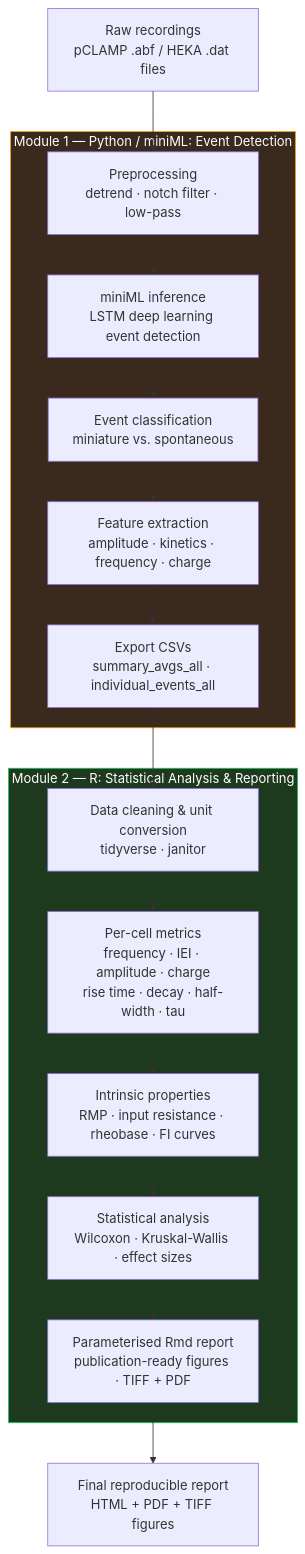
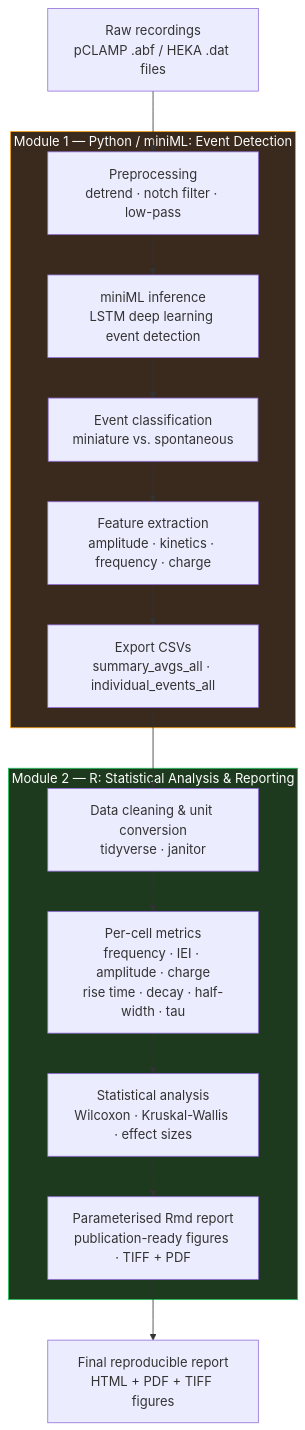
One commit to SLopezBegines/SLopezBegines.github.io changed the diagram in _projects/ephys-pipeline.md. Above: the diagram before and after it, drawn with Mermaid. The commit also changed other lines of this file, not shown here.

Commit message:
Enhance RMarkdown pipeline description and diagram flow
Updated the description of the RMarkdown pipeline to include current clamp experiments and adjusted the flow of the diagram for clarity.

````diff
--- a/_projects/ephys-pipeline.md
+++ b/_projects/ephys-pipeline.md
@@ -148,25 +148,24 @@
 ```mermaid
 flowchart TD
     A["Raw recordings\npCLAMP .abf / HEKA .dat files"] --> B
 
     subgraph PY_MODULE ["Module 1 — Python / miniML: Event Detection"]
         B["Preprocessing\ndetrend · notch filter · low-pass"]
         B --> C["miniML inference\nLSTM deep learning event detection"]
         C --> D["Event classification\nminiature vs. spontaneous"]
         D --> E["Feature extraction\namplitude · kinetics · frequency · charge"]
         E --> F["Export CSVs\nsummary_avgs_all · individual_events_all"]
     end
 
     subgraph R_MODULE ["Module 2 — R: Statistical Analysis & Reporting"]
         F --> G["Data cleaning & unit conversion\ntidyverse · janitor"]
         G --> H["Per-cell metrics\nfrequency · IEI · amplitude · charge\nrise time · decay · half-width · tau"]
-        H --> I["Intrinsic properties\nRMP · input resistance · rheobase · FI curves"]
-        I --> J["Statistical analysis\nWilcoxon · Kruskal-Wallis · effect sizes"]
-        J --> K["Parameterised Rmd report\npublication-ready figures · TIFF + PDF"]
+        H --> I["Statistical analysis\nWilcoxon · Kruskal-Wallis · effect sizes"]
+        I --> J["Parameterised Rmd report\npublication-ready figures · TIFF + PDF"]
     end
 
-    K --> L["Final reproducible report\nHTML + PDF + TIFF figures"]
+    J --> K["Final reproducible report\nHTML + PDF + TIFF figures"]
 
     style PY_MODULE fill:#3a2a1e,color:#fff,stroke:#f59e0b
     style R_MODULE fill:#1e3a1e,color:#fff,stroke:#22c55e
 ```
````
